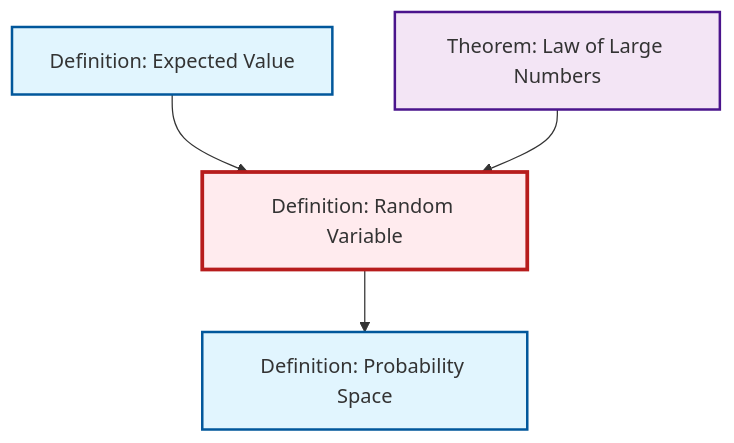
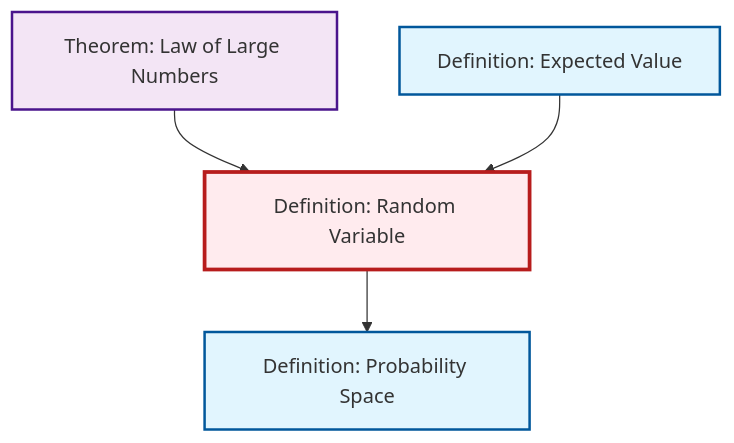
One commit to RK0429/ModernMath changed the diagram in content/en/probability-statistics/def-random-variable.qmd. Above: the diagram before and after it, drawn with Mermaid. The commit also changed other lines of this file and 530 other files, not shown here.

````diff
--- a/content/en/probability-statistics/def-random-variable.qmd
+++ b/content/en/probability-statistics/def-random-variable.qmd
@@ -47,20 +47,20 @@
 ```{mermaid}
 %%| fig-cap: "Local dependency graph"
 graph TD
     classDef definition fill:#e1f5fe,stroke:#01579b,stroke-width:2px
     classDef theorem fill:#f3e5f5,stroke:#4a148c,stroke-width:2px
     classDef axiom fill:#fff3e0,stroke:#e65100,stroke-width:2px
     classDef example fill:#e8f5e9,stroke:#1b5e20,stroke-width:2px
     classDef current fill:#ffebee,stroke:#b71c1c,stroke-width:3px
+    def-expectation["Definition: Expected Value"]:::definition
     def-random-variable["Definition: Random Variable"]:::definition
-    def-expectation["Definition: Expected Value"]:::definition
+    def-probability-space["Definition: Probability Space"]:::definition
     thm-law-of-large-numbers["Theorem: Law of Large Numbers"]:::theorem
-    def-probability-space["Definition: Probability Space"]:::definition
+    thm-law-of-large-numbers --> def-random-variable
+    def-expectation --> def-random-variable
     def-random-variable --> def-probability-space
-    def-expectation --> def-random-variable
-    thm-law-of-large-numbers --> def-random-variable
     class def-random-variable current
     click def-expectation "def-expectation.html" "Go to Expected Value definition"
+    click def-probability-space "def-probability-space.html" "Go to Probability Space definition"
     click thm-law-of-large-numbers "thm-law-of-large-numbers.html" "Go to Law of Large Numbers theorem"
-    click def-probability-space "def-probability-space.html" "Go to Probability Space definition"
 ```
````
